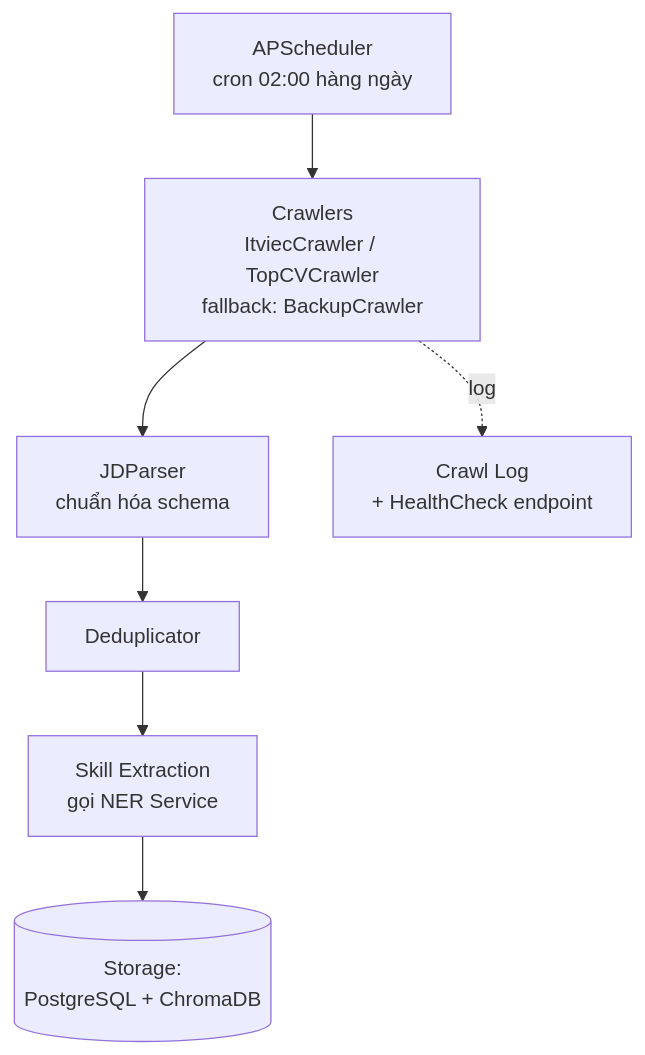
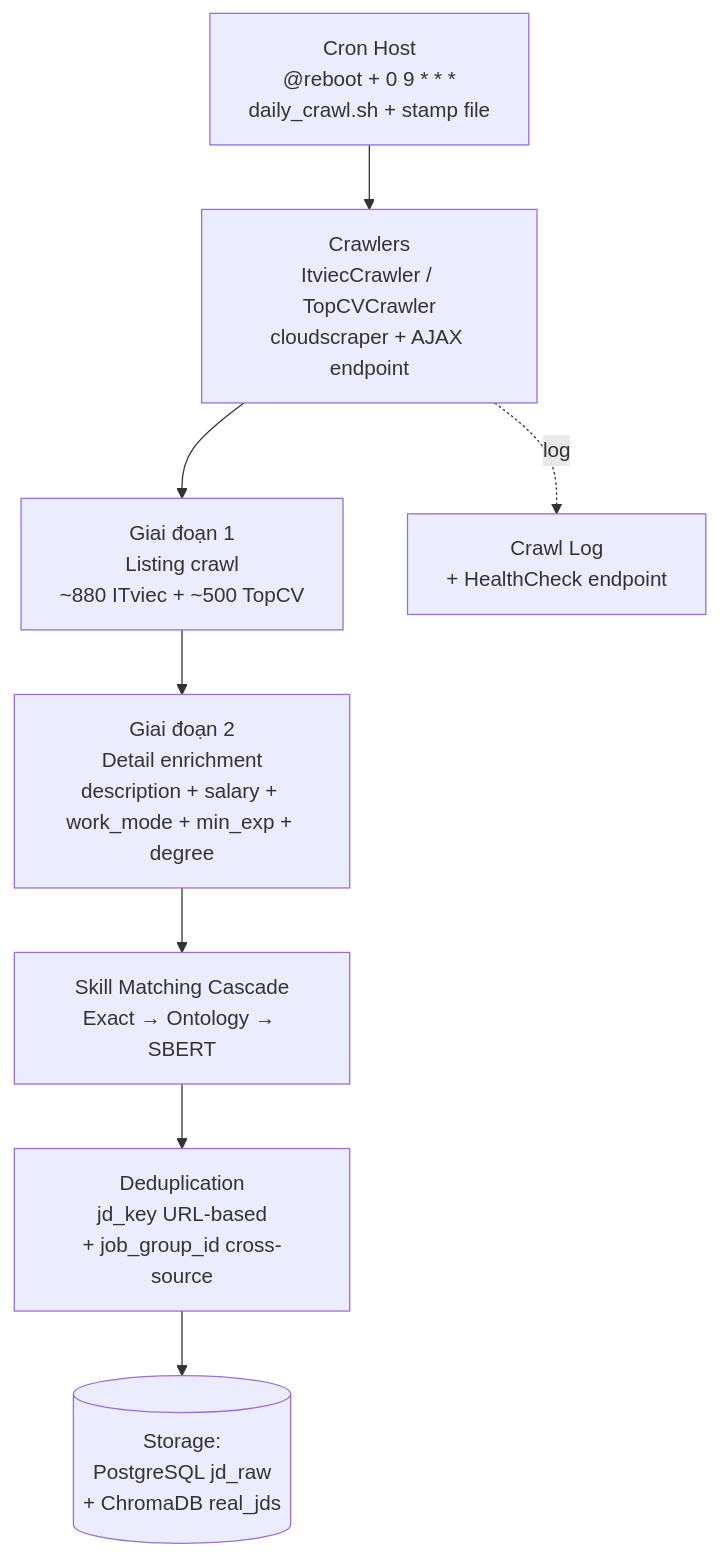
One commit to dungken/cv-assistant changed the diagram in thesis_report/chuong3/3.4_thiet_ke_pipeline_crawl.md. Above: the diagram before and after it, drawn with Mermaid. The commit also changed other lines of this file and 5 other files, not shown here.

Commit message:
refactor: update thesis chapter 3 to include skill extraction pipeline design and integrate CV Health Dashboard into architecture chapter

````diff
--- a/thesis_report/chuong3/3.4_thiet_ke_pipeline_crawl.md
+++ b/thesis_report/chuong3/3.4_thiet_ke_pipeline_crawl.md
@@ -7,10 +7,11 @@
 ```mermaid
 flowchart TB
-    APS[APScheduler<br/>cron 02:00 hàng ngày]
-    APS --> Crawlers[Crawlers<br/>ItviecCrawler / TopCVCrawler<br/>fallback: BackupCrawler]
-    Crawlers --> Parser[JDParser<br/>chuẩn hóa schema]
-    Parser --> Dedup[Deduplicator]
-    Dedup --> SkillExt[Skill Extraction<br/>gọi NER Service]
-    SkillExt --> Store[(Storage:<br/>PostgreSQL + ChromaDB)]
+    Cron[Cron Host<br/>@reboot + 0 9 * * *<br/>daily_crawl.sh + stamp file]
+    Cron --> Crawlers[Crawlers<br/>ItviecCrawler / TopCVCrawler<br/>cloudscraper + AJAX endpoint]
+    Crawlers --> Listing[Giai đoạn 1<br/>Listing crawl<br/>~880 ITviec + ~500 TopCV]
+    Listing --> Detail[Giai đoạn 2<br/>Detail enrichment<br/>description + salary + work_mode + min_exp + degree]
+    Detail --> SkillMatch[Skill Matching Cascade<br/>Exact → Ontology → SBERT]
+    SkillMatch --> Dedup[Deduplication<br/>jd_key URL-based<br/>+ job_group_id cross-source]
+    Dedup --> Store[(Storage:<br/>PostgreSQL jd_raw<br/>+ ChromaDB real_jds)]
     Crawlers -.->|log| Mon[Crawl Log<br/>+ HealthCheck endpoint]
 ```
````
